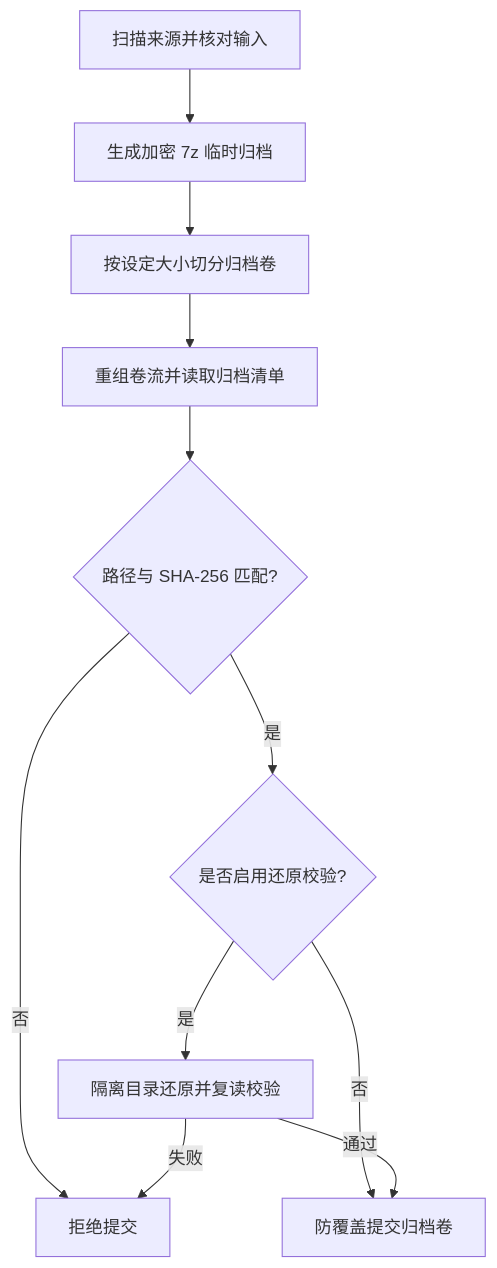
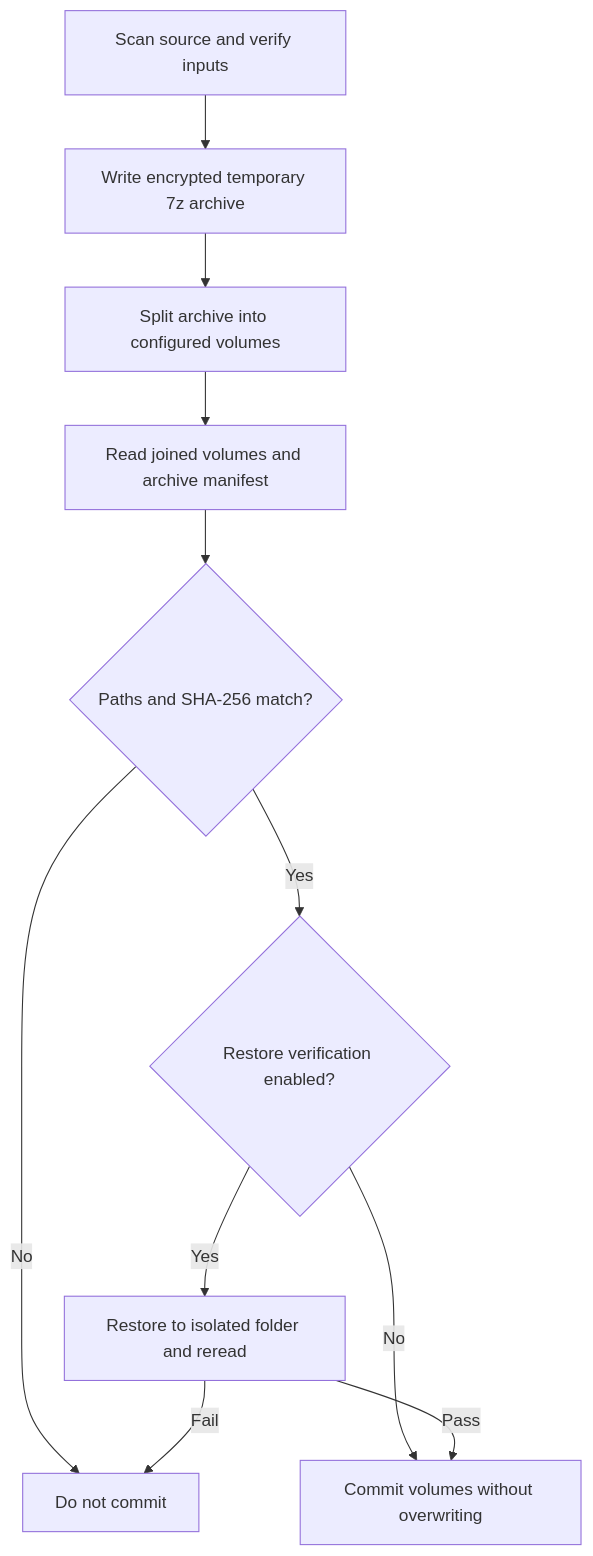
Before and after one commit to virtuecho/photo-archive-manager: the third of 3 diagrams in docs/technical-design.md, drawn with Mermaid. The commit also changed other lines of this file and 21 other files, not shown here.

````diff
--- a/docs/technical-design.md
+++ b/docs/technical-design.md
@@ -48,13 +50,13 @@
 ```mermaid
 flowchart TD
-    Input[扫描来源并核对输入] --> Build[生成加密 7z 临时归档]
-    Build --> Split[按设定大小切分归档卷]
-    Split --> Reassemble[重组卷流并读取归档清单]
-    Reassemble --> Compare{路径与 SHA-256 匹配?}
-    Compare -->|否| Reject[拒绝提交]
-    Compare -->|是| Optional{是否启用还原校验?}
-    Optional -->|是| Extract[隔离目录还原并复读校验]
-    Optional -->|否| Commit[防覆盖提交归档卷]
-    Extract -->|通过| Commit
-    Extract -->|失败| Reject
+    Input[Scan source and verify inputs] --> Build[Write encrypted temporary 7z archive]
+    Build --> Split[Split archive into configured volumes]
+    Split --> Reassemble[Read joined volumes and archive manifest]
+    Reassemble --> Compare{Paths and SHA-256 match?}
+    Compare -->|No| Reject[Do not commit]
+    Compare -->|Yes| Optional{Restore verification enabled?}
+    Optional -->|Yes| Extract[Restore to isolated folder and reread]
+    Optional -->|No| Commit[Commit volumes without overwriting]
+    Extract -->|Pass| Commit
+    Extract -->|Fail| Reject
 ```
````
